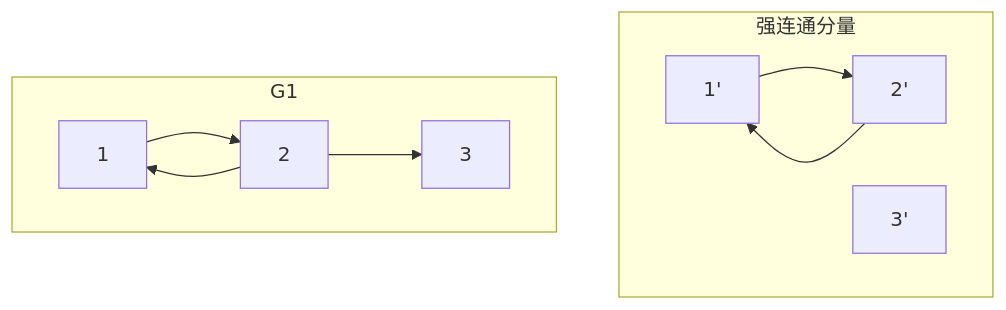
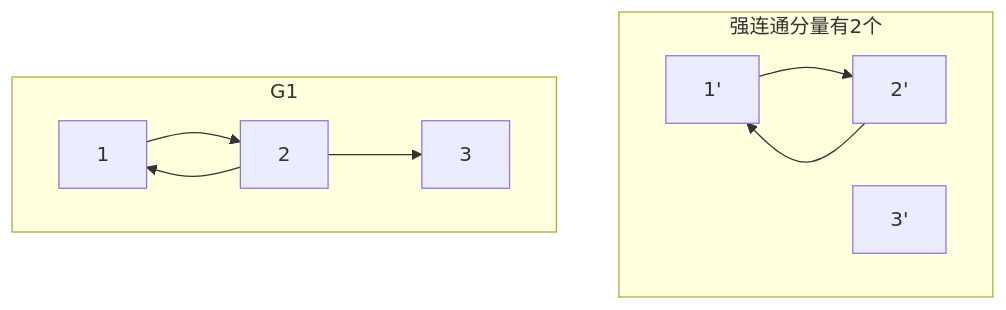
The third of 3 diagrams in 数据结构DS45'/6.图.md (suhan42/cs-408), drawn with Mermaid before and after one commit. The commit also changed other lines of this file and 2 other files, not shown here.

Commit message:
update 图的基础

````diff
--- a/数据结构DS45'/6.图.md
+++ b/数据结构DS45'/6.图.md
@@ -186,15 +213,15 @@
 ```mermaid
 graph
 
-subgraph 强连通分量
+subgraph 强连通分量有2个
 	1'-->2'
 	2'-->1'
 	3'
 end
 
 subgraph G1
 	1-->2
 	2-->1
 	2-->3
 end
 ```
````
